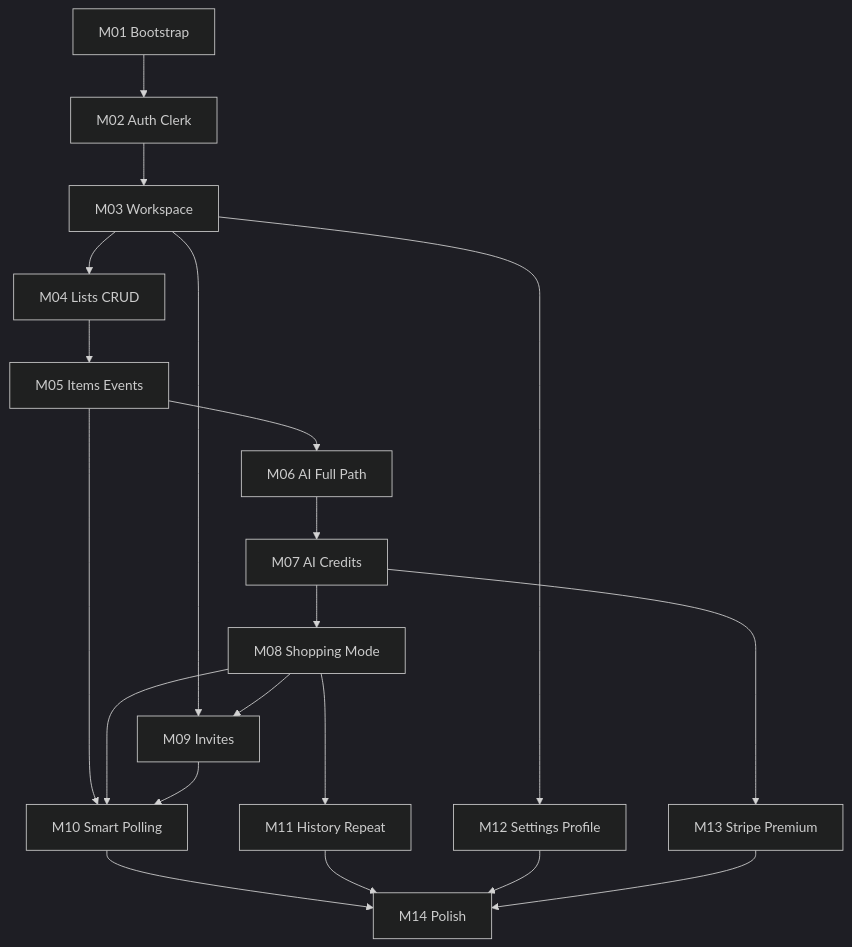
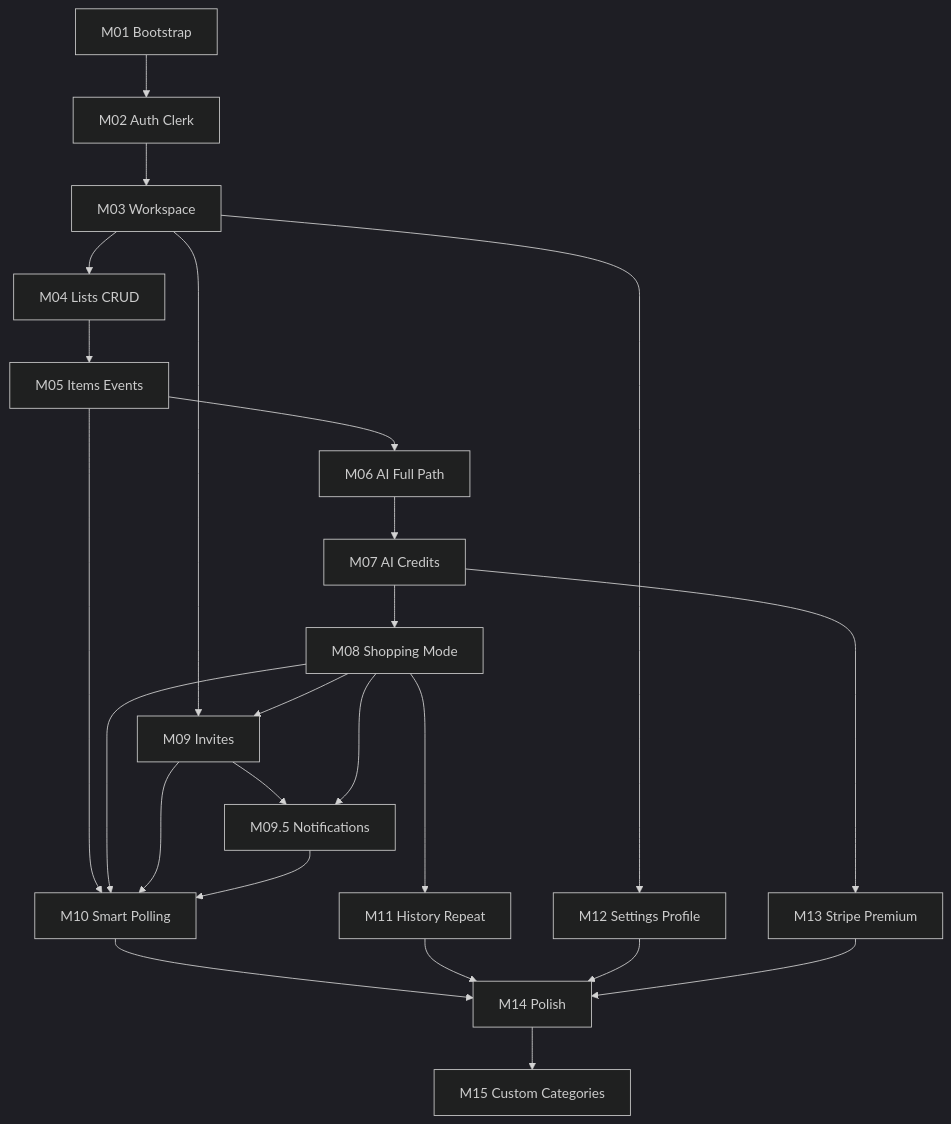
The diagram in docs/roadmap.md (chris38pl/Kangur), drawn with Mermaid (dark theme) before and after one commit. The commit also changed other lines of this file and 123 other files, not shown here.

````diff
--- a/docs/roadmap.md
+++ b/docs/roadmap.md
@@ -35,31 +35,37 @@
 ```mermaid
 flowchart TD
   M01[M01 Bootstrap]
   M02[M02 Auth Clerk]
   M03[M03 Workspace]
   M04[M04 Lists CRUD]
   M05[M05 Items Events]
   M06[M06 AI Full Path]
   M07[M07 AI Credits]
   M08[M08 Shopping Mode]
   M09[M09 Invites]
+  M095[M09.5 Notifications]
   M10[M10 Smart Polling]
   M11[M11 History Repeat]
   M12[M12 Settings Profile]
   M13[M13 Stripe Premium]
   M14[M14 Polish]
+  M15[M15 Custom Categories]
 
   M01 --> M02 --> M03 --> M04 --> M05 --> M06 --> M07 --> M08
   M03 --> M09
   M08 --> M09
+  M09 --> M095
+  M08 --> M095
   M05 --> M10
   M08 --> M10
   M09 --> M10
+  M095 --> M10
   M08 --> M11
   M03 --> M12
   M07 --> M13
   M10 --> M14
   M11 --> M14
   M12 --> M14
   M13 --> M14
+  M14 --> M15
 ```
````
